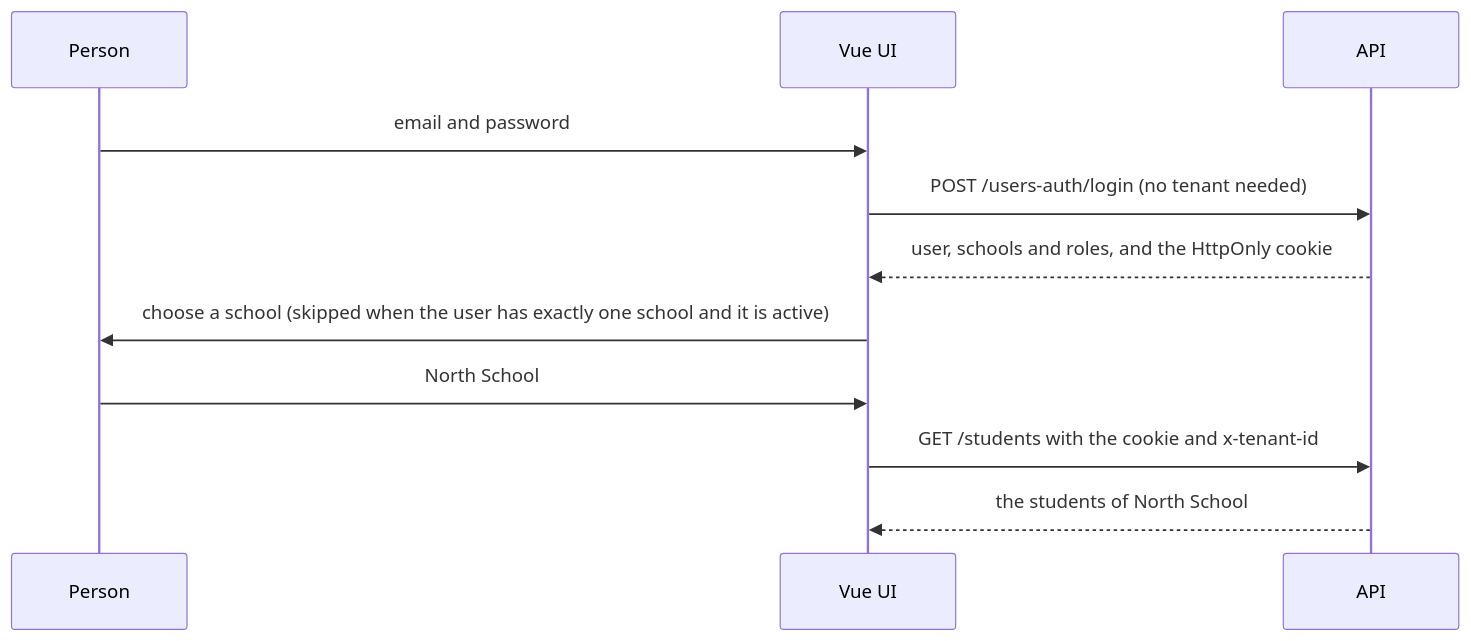
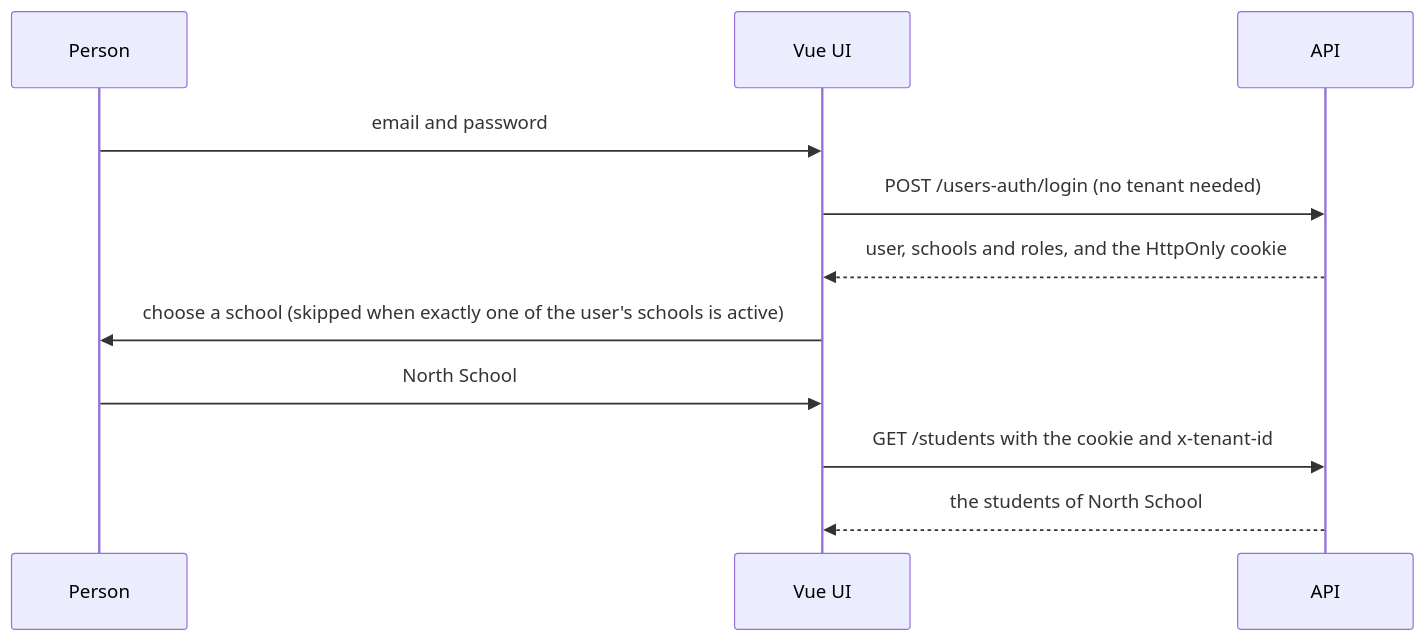
One commit to herrcristi/small-nodejs-service changed diagram 12 of 13 in README.details.md. Above: the diagram before and after it, drawn with Mermaid. The commit also changed other lines of this file and 18 other files, not shown here.

````diff
--- a/README.details.md
+++ b/README.details.md
@@ -697,13 +697,13 @@
 ```mermaid
 sequenceDiagram
   participant U as Person
   participant UI as Vue UI
   participant API as API
   U->>UI: email and password
   UI->>API: POST /users-auth/login (no tenant needed)
   API-->>UI: user, schools and roles, and the HttpOnly cookie
-  UI->>U: choose a school (skipped when the user has exactly one school and it is active)
+  UI->>U: choose a school (skipped when exactly one of the user's schools is active)
   U->>UI: North School
   UI->>API: GET /students with the cookie and x-tenant-id
   API-->>UI: the students of North School
 ```
````
